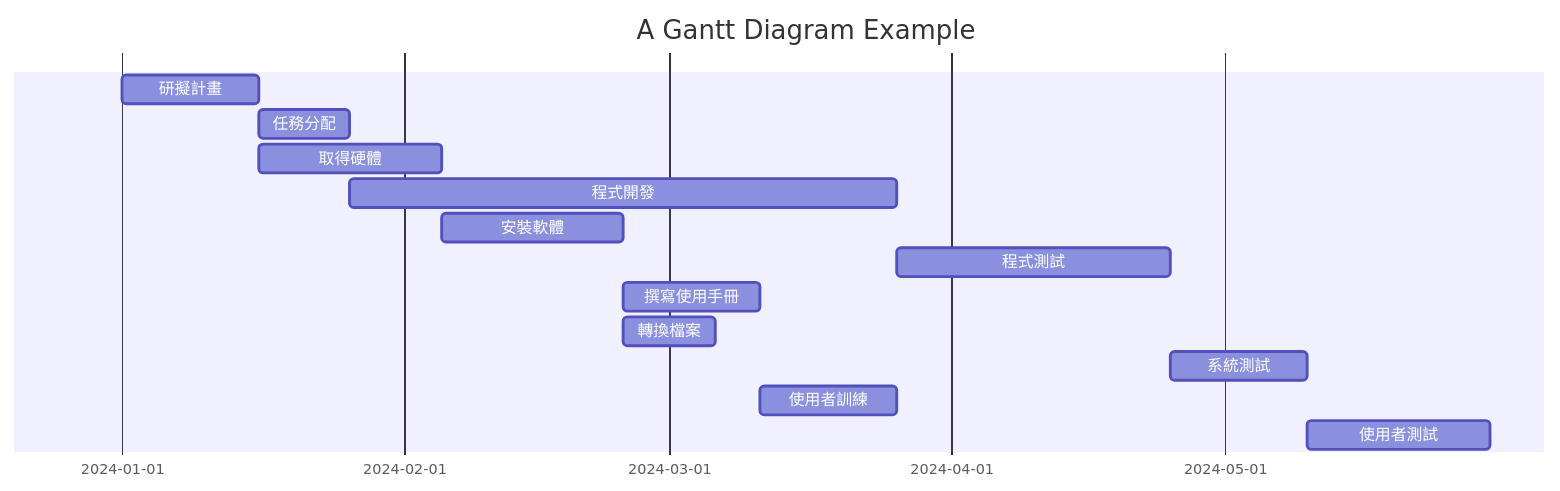
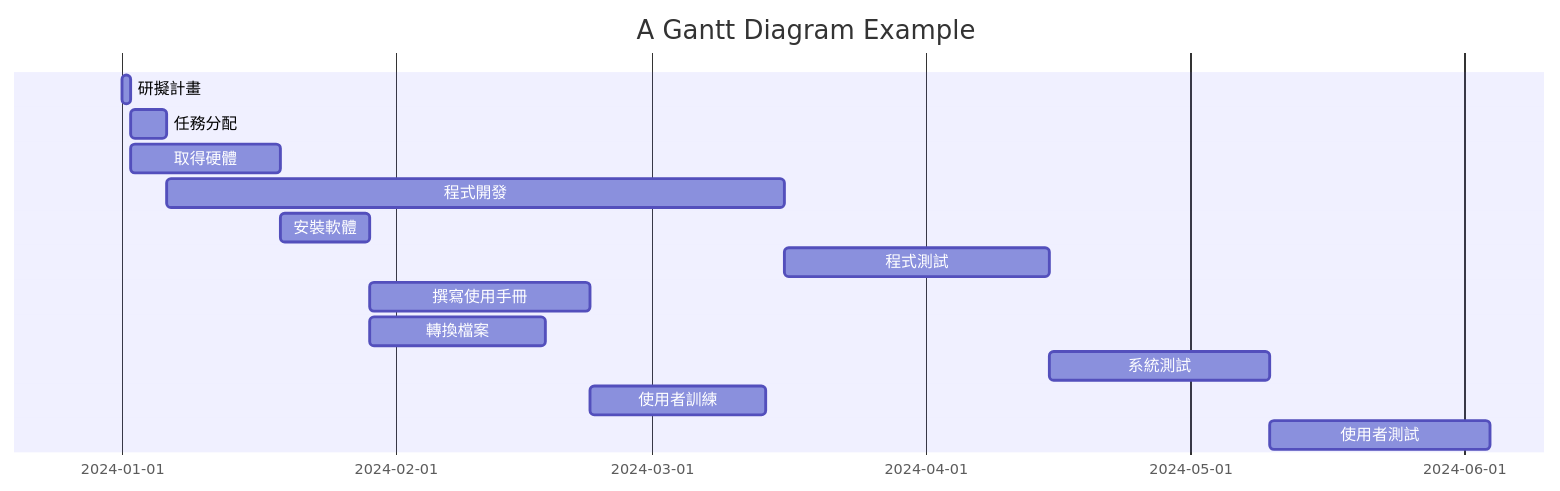
The first of 2 diagrams in hw2.md (babupersonal/homewoek-w1), drawn with Mermaid before and after one commit.

````diff
--- a/hw2.md
+++ b/hw2.md
@@ -1,21 +1,21 @@
 ```mermaid
 gantt
     title A Gantt Diagram Example
 
     dateFormat  YYYY-MM-DD
     axisFormat  %Y-%m-%d
 
-    研擬計畫           :a1, 2024-01-01, 15d
-    任務分配           :a2, after a1, 10d
-    取得硬體           :a3, after a1, 20d
+    研擬計畫           :a1, 2024-01-01, 1d
+    任務分配           :a2, after a1, 4d
+    取得硬體           :a3, after a1, 17d
 
-    程式開發           :a4, after a2, 60d
-    安裝軟體           :a5, after a3, 20d
+    程式開發           :a4, after a2, 70d
+    安裝軟體           :a5, after a3, 10d
 
     程式測試           :a6, after a4, 30d
-    撰寫使用手冊        :a7, after a5, 15d
-    轉換檔案           :a8, after a5, 10d
-    系統測試           :a9, after a6, 15d
-    使用者訓練         :a10, after a7, 15d
-    使用者測試         :a11, after a9, 20d
+    撰寫使用手冊        :a7, after a5, 25d
+    轉換檔案           :a8, after a5, 20d
+    系統測試           :a9, after a6, 25d
+    使用者訓練         :a10, after a7, 20d
+    使用者測試         :a11, after a9, 25d
 ```
````
